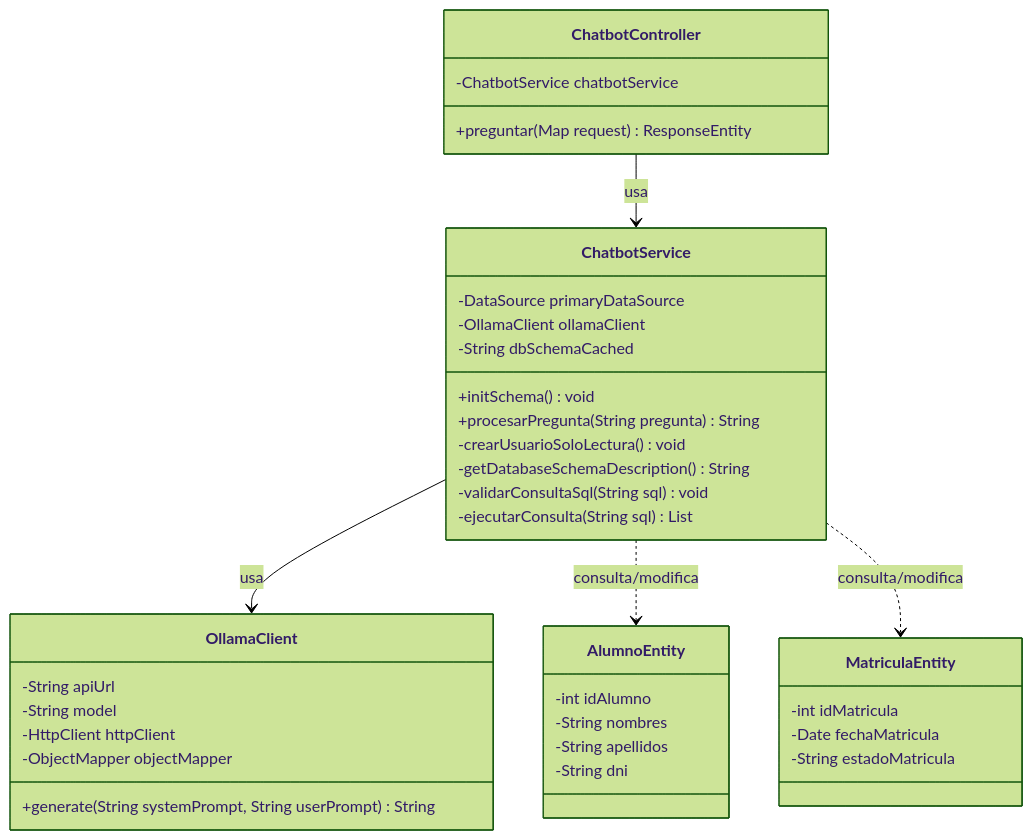
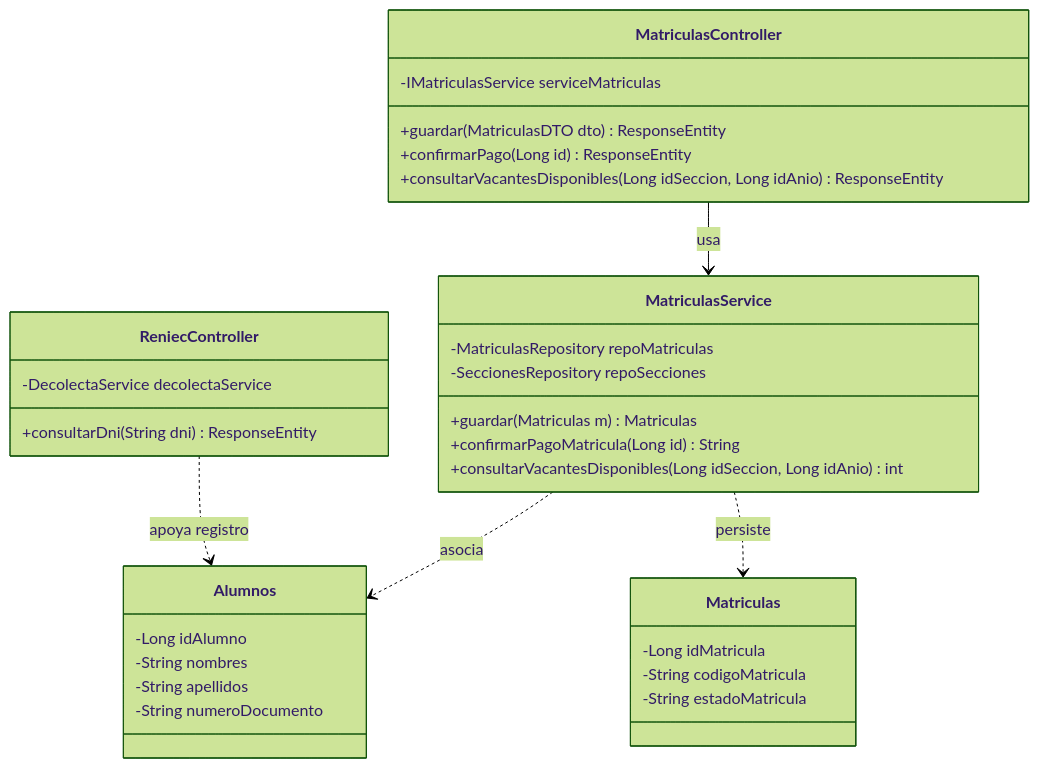
Before and after one commit to Xoryex/Proyecto_Escuela: diagram 13 of 17 in Mis_documentos/Informe_ING_Software.md, drawn with Mermaid (forest theme). The commit also changed other lines of this file and 9 other files, not shown here.

````diff
--- a/Mis_documentos/Informe_ING_Software.md
+++ b/Mis_documentos/Informe_ING_Software.md
@@ -1244,41 +1244,36 @@
 ```mermaid
 classDiagram
-    class ChatbotController {
-        -ChatbotService chatbotService
-        +preguntar(Map request) ResponseEntity
+    class MatriculasController {
+        -IMatriculasService serviceMatriculas
+        +guardar(MatriculasDTO dto) ResponseEntity
+        +confirmarPago(Long id) ResponseEntity
+        +consultarVacantesDisponibles(Long idSeccion, Long idAnio) ResponseEntity
     }
-    class ChatbotService {
-        -DataSource primaryDataSource
-        -OllamaClient ollamaClient
-        -String dbSchemaCached
-        +initSchema() void
-        +procesarPregunta(String pregunta) String
-        -crearUsuarioSoloLectura() void
-        -getDatabaseSchemaDescription() String
-        -validarConsultaSql(String sql) void
-        -ejecutarConsulta(String sql) List
+    class MatriculasService {
+        -MatriculasRepository repoMatriculas
+        -SeccionesRepository repoSecciones
+        +guardar(Matriculas m) Matriculas
+        +confirmarPagoMatricula(Long id) String
+        +consultarVacantesDisponibles(Long idSeccion, Long idAnio) int
     }
-    class OllamaClient {
-        -String apiUrl
-        -String model
-        -HttpClient httpClient
-        -ObjectMapper objectMapper
-        +generate(String systemPrompt, String userPrompt) String
+    class ReniecController {
+        -DecolectaService decolectaService
+        +consultarDni(String dni) ResponseEntity
     }
-    class AlumnoEntity {
-        -int idAlumno
+    class Alumnos {
+        -Long idAlumno
         -String nombres
         -String apellidos
-        -String dni
+        -String numeroDocumento
     }
-    class MatriculaEntity {
-        -int idMatricula
-        -Date fechaMatricula
+    class Matriculas {
+        -Long idMatricula
+        -String codigoMatricula
         -String estadoMatricula
     }
 
-    ChatbotController --> ChatbotService : usa
-    ChatbotService --> OllamaClient : usa
-    ChatbotService ..> AlumnoEntity : consulta/modifica
-    ChatbotService ..> MatriculaEntity : consulta/modifica
+    MatriculasController --> MatriculasService : usa
+    MatriculasService ..> Alumnos : asocia
+    MatriculasService ..> Matriculas : persiste
+    ReniecController ..> Alumnos : apoya registro
 ```
````
